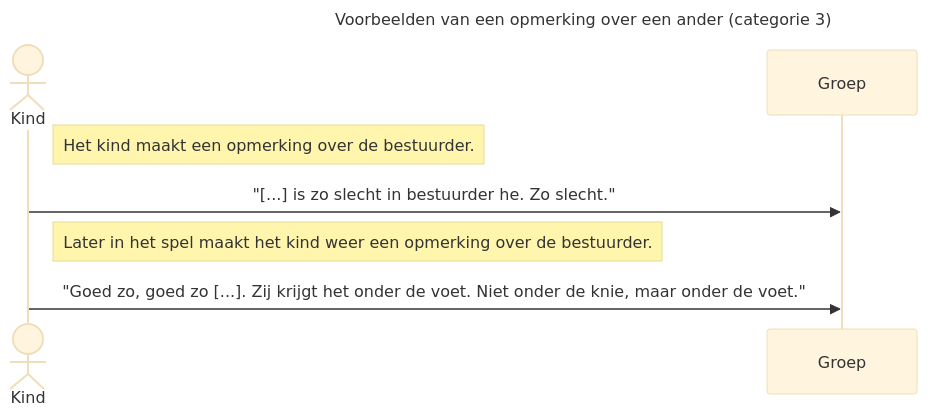
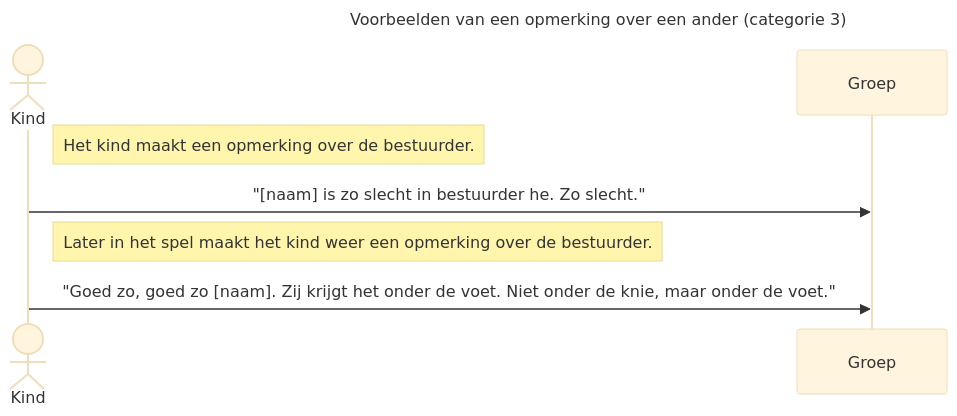
One commit to Dionysi/AnnotationTool-Release changed the third of 10 diagrams in Annotation-rules-refactor.md. Above: the diagram before and after it, drawn with Mermaid (base theme). The commit also changed other lines of this file, not shown here.

````diff
--- a/Annotation-rules-refactor.md
+++ b/Annotation-rules-refactor.md
@@ -70,10 +70,10 @@
     ```mermaid
     sequenceDiagram
         title Voorbeelden van een opmerking over een ander (categorie 3)
         actor Kind
         Note right of Kind: Het kind maakt een opmerking over de bestuurder.
-        Kind->>Groep: "[...] is zo slecht in bestuurder he. Zo slecht."
+        Kind->>Groep: "[naam] is zo slecht in bestuurder he. Zo slecht."
     
         Note right of Kind: Later in het spel maakt het kind weer een opmerking over de bestuurder.
-        Kind->>Groep: "Goed zo, goed zo [...]. Zij krijgt het onder de voet. Niet onder de knie, maar onder de voet."
+        Kind->>Groep: "Goed zo, goed zo [naam]. Zij krijgt het onder de voet. Niet onder de knie, maar onder de voet."
     ```
````
